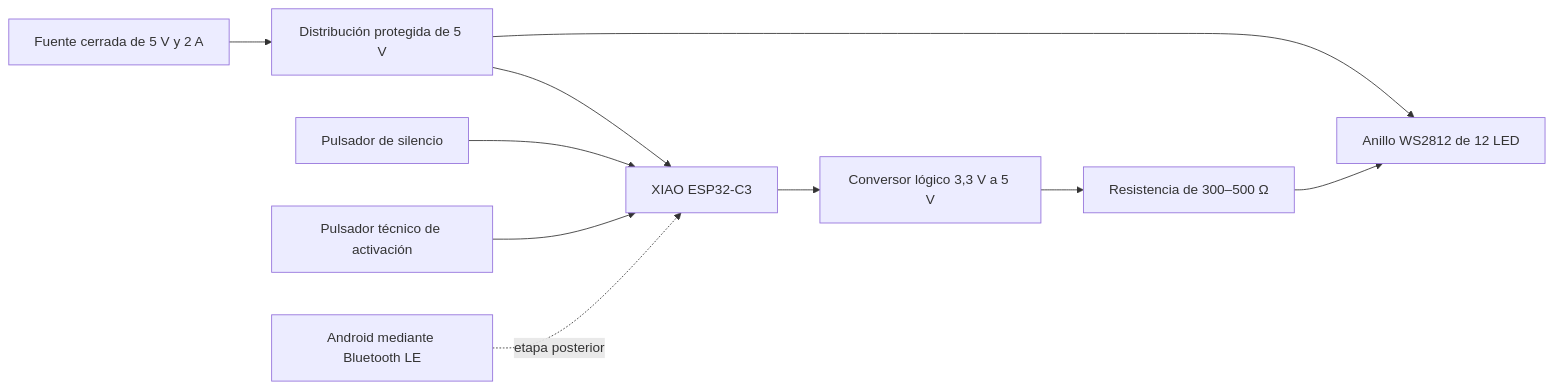
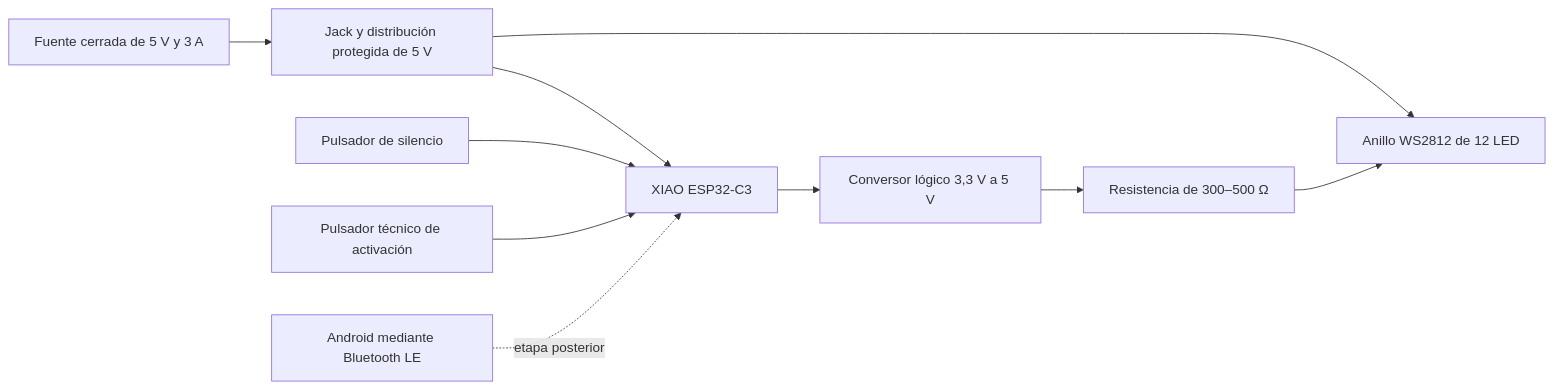
The diagram in 06_desarrollo_y_factibilidad/esquema-provisional-xiao-esp32c3-5v-2026-08-30.md (joan1542003-byte/proyecto-titulo), drawn with Mermaid before and after one commit. The commit also changed other lines of this file and 3 other files, not shown here.

````diff
--- a/06_desarrollo_y_factibilidad/esquema-provisional-xiao-esp32c3-5v-2026-08-30.md
+++ b/06_desarrollo_y_factibilidad/esquema-provisional-xiao-esp32c3-5v-2026-08-30.md
@@ -26,12 +26,12 @@
 ```mermaid
 flowchart LR
-    A["Fuente cerrada de 5 V y 2 A"] --> B["Distribución protegida de 5 V"]
+    A["Fuente cerrada de 5 V y 3 A"] --> B["Jack y distribución protegida de 5 V"]
     B --> C["XIAO ESP32-C3"]
     B --> D["Anillo WS2812 de 12 LED"]
     C --> E["Conversor lógico 3,3 V a 5 V"]
     E --> F["Resistencia de 300–500 Ω"]
     F --> D
     G["Pulsador de silencio"] --> C
     H["Pulsador técnico de activación"] --> C
     I["Android mediante Bluetooth LE"] -. "etapa posterior" .-> C
 ```
````
